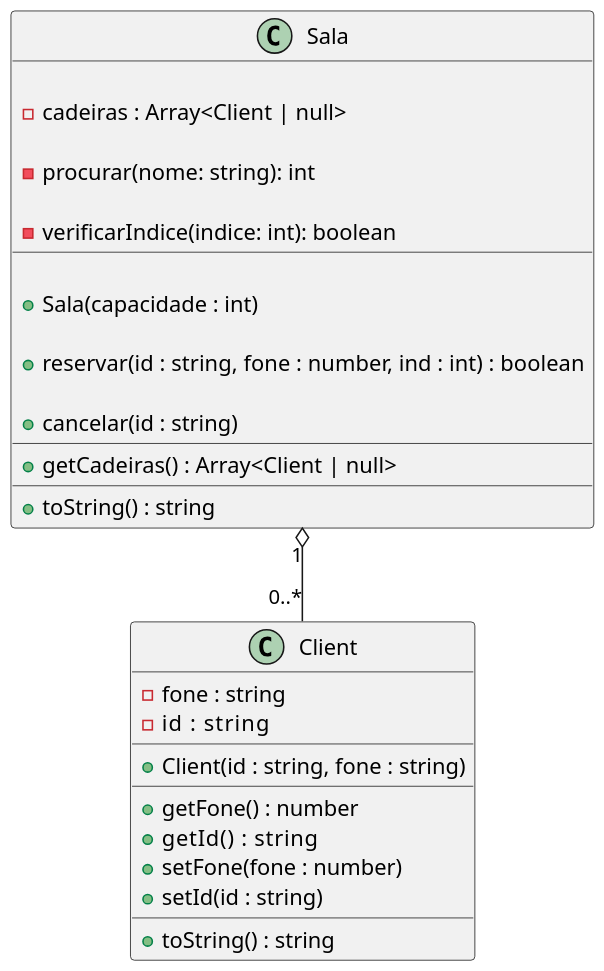
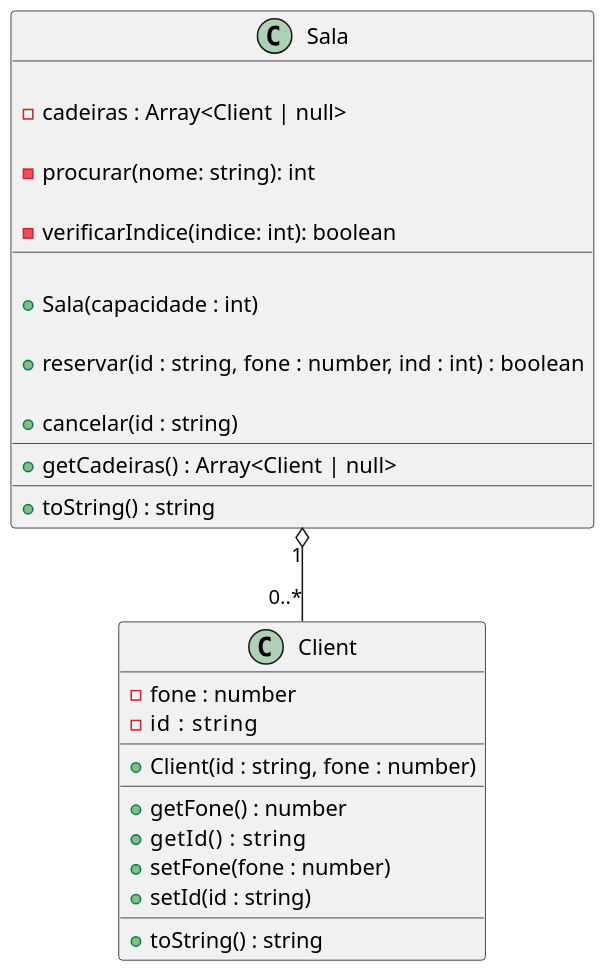
The diagram in base/cinema2/diagrama.puml (qxcodepoo/arcade), drawn with PlantUML before and after one commit. The commit also changed 3 other files, not shown here.

```diff
--- a/base/cinema2/diagrama.puml
+++ b/base/cinema2/diagrama.puml
@@ -2,54 +2,54 @@
 @startuml
 
 skinparam defaultFontName Hasklig
 skinparam dpi 150
 
 '==
 class Client {
-  - fone : string
+  - fone : number
   - id   : string
   __
-  + Client(id : string, fone : string)
+  + Client(id : string, fone : number)
   __
   + getFone() : number
   + getId()   : string
   + setFone(fone : number)
   + setId(id : string)
   __
   + toString() : string
 }
 
 class Sala {
   
   - cadeiras : Array<Client | null>
   
   ' procura em todas as cadeiras não nulas
   ' pelo nome do cliente e se encontrar
   ' retorna o índice ou então -1
   - procurar(nome: string): int
   
   ' verifica se o indice da cadeira é válido
   - verificarIndice(indice: int): boolean
   __
   
   ' inicia todas as cadeiras como null
   + Sala(capacidade : int)
   
   ' verifica se o índice é válido (use o método verificarIndice)
   ' verifica se a cadeira está ocupada
   ' verifica se o cliente já está na sala (use o método procurar)
   ' cria o cliente e coloca na cadeira
   + reservar(id : string, fone : number, ind : int) : boolean
   
   ' procura o cliente pelo nome (use o método procurar)
   ' remover o cliente da cadeira
   + cancelar(id : string)
   __
   + getCadeiras() : Array<Client | null>
   __
   + toString() : string
 }
 '--
 
 Sala "1" o-- "0..*" Client
 @enduml
```
